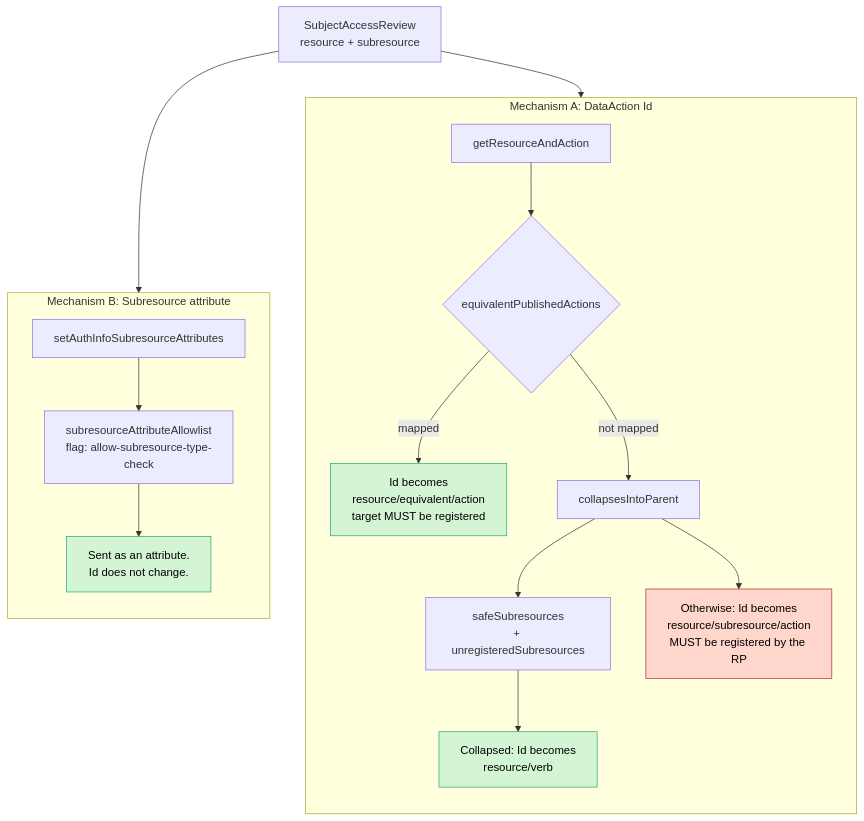
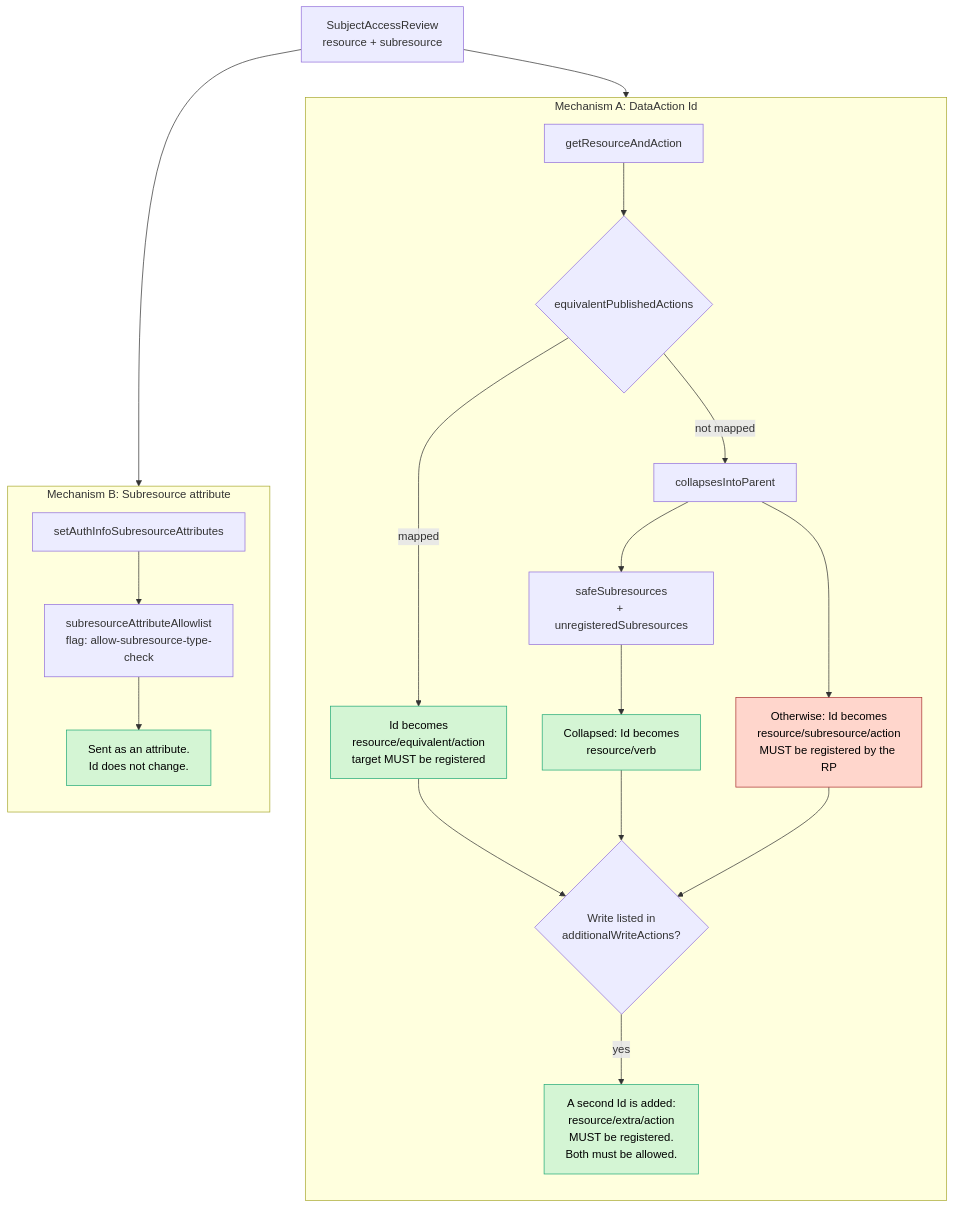
The third of 3 diagrams in authz/providers/azure/README.md (Azure/guard), drawn with Mermaid before and after one commit. The commit also changed other lines of this file and 2 other files, not shown here.

First line of the commit message:
fix: require exec as well as write for ephemeral container writes

````diff
--- a/authz/providers/azure/README.md
+++ b/authz/providers/azure/README.md
@@ -301,26 +302,29 @@
 ```mermaid
 flowchart TD
     SAR["SubjectAccessReview<br/>resource + subresource"] --> C1
     SAR --> D1
 
     subgraph M1["Mechanism A: DataAction Id"]
         direction TB
         C1[getResourceAndAction] --> C0{equivalentPublishedActions}
         C0 -->|mapped| C0a["Id becomes<br/>resource/equivalent/action<br/>target MUST be registered"]
         C0 -->|not mapped| C2[collapsesIntoParent]
         C2 --> C2a["safeSubresources<br/>+ unregisteredSubresources"]
         C2a --> C3["Collapsed: Id becomes<br/>resource/verb"]
         C2 --> C4["Otherwise: Id becomes<br/>resource/subresource/action<br/>MUST be registered by the RP"]
+        C0a & C3 & C4 --> C5{"Write listed in<br/>additionalWriteActions?"}
+        C5 -->|yes| C6["A second Id is added:<br/>resource/extra/action<br/>MUST be registered.<br/>Both must be allowed."]
     end
 
     subgraph M2["Mechanism B: Subresource attribute"]
         direction TB
         D1[setAuthInfoSubresourceAttributes] --> D2["subresourceAttributeAllowlist<br/>flag: allow-subresource-type-check"]
         D2 --> D3["Sent as an attribute.<br/>Id does not change."]
     end
 
     style C3 fill:#d4f5d4,stroke:#2a7,color:#000
     style C0a fill:#d4f5d4,stroke:#2a7,color:#000
+    style C6 fill:#d4f5d4,stroke:#2a7,color:#000
     style C4 fill:#ffd6cc,stroke:#a33,color:#000
     style D3 fill:#d4f5d4,stroke:#2a7,color:#000
 ```
````
